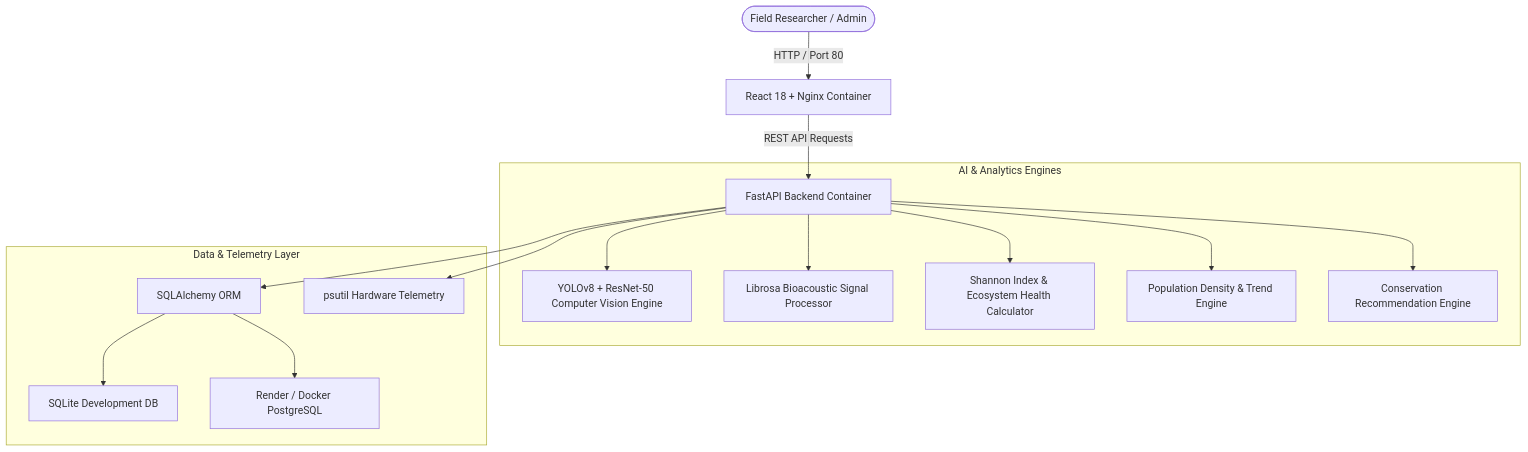
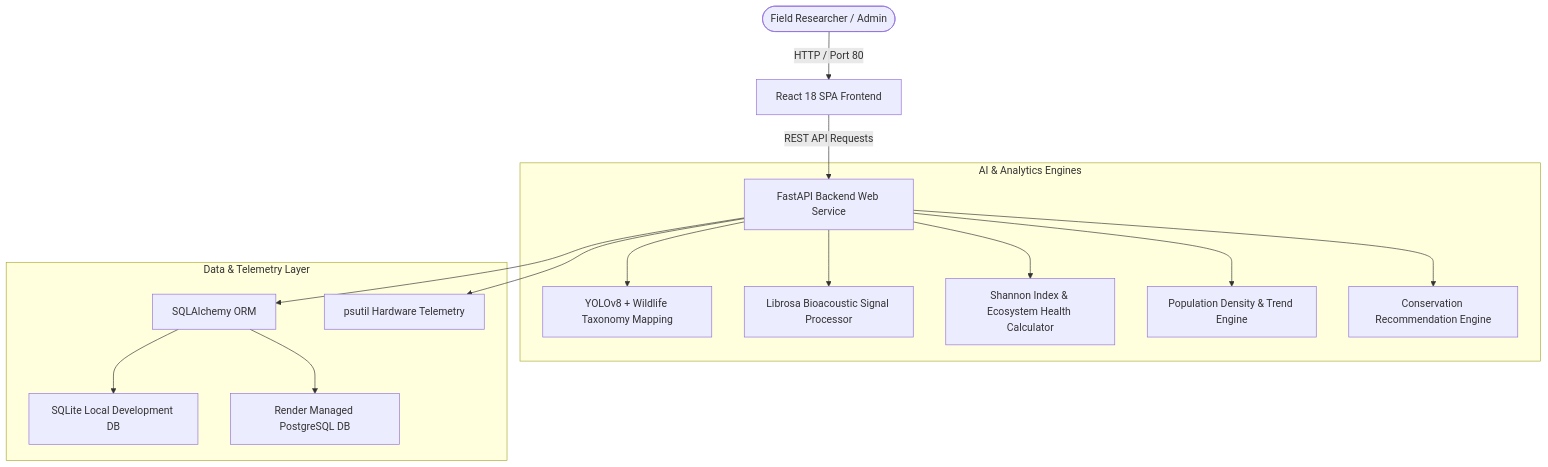
Before and after one commit to springboardmentor27400b/Wildlife-Population-Intelligence-System-Group-2: the diagram in README.md, drawn with Mermaid. The commit also changed other lines of this file and 3 other files, not shown here.

````diff
--- a/README.md
+++ b/README.md
@@ -61,20 +63,20 @@
 ```mermaid
 graph TD
-    User([Field Researcher / Admin]) -->|HTTP / Port 80| Frontend[React 18 + Nginx Container]
-    Frontend -->|REST API Requests| Backend[FastAPI Backend Container]
+    User([Field Researcher / Admin]) -->|HTTP / Port 80| Frontend[React 18 SPA Frontend]
+    Frontend -->|REST API Requests| Backend[FastAPI Backend Web Service]
     
     subgraph AI & Analytics Engines
-        Backend --> YOLO[YOLOv8 + ResNet-50 Computer Vision Engine]
+        Backend --> YOLO[YOLOv8 + Wildlife Taxonomy Mapping]
         Backend --> Audio[Librosa Bioacoustic Signal Processor]
         Backend --> Eco[Shannon Index & Ecosystem Health Calculator]
         Backend --> Pop[Population Density & Trend Engine]
         Backend --> Rec[Conservation Recommendation Engine]
     end
     
     subgraph Data & Telemetry Layer
         Backend --> ORM[SQLAlchemy ORM]
-        ORM --> SQLite[SQLite Development DB]
-        ORM --> Postgres[Render / Docker PostgreSQL]
+        ORM --> SQLite[SQLite Local Development DB]
+        ORM --> Postgres[Render Managed PostgreSQL DB]
         Backend --> Telemetry[psutil Hardware Telemetry]
     end
 ```
````
